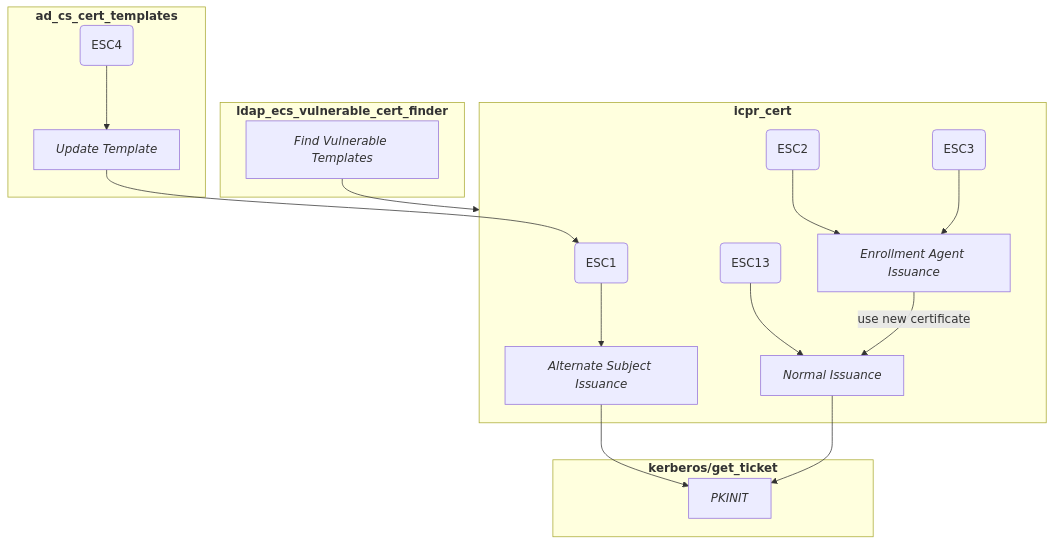
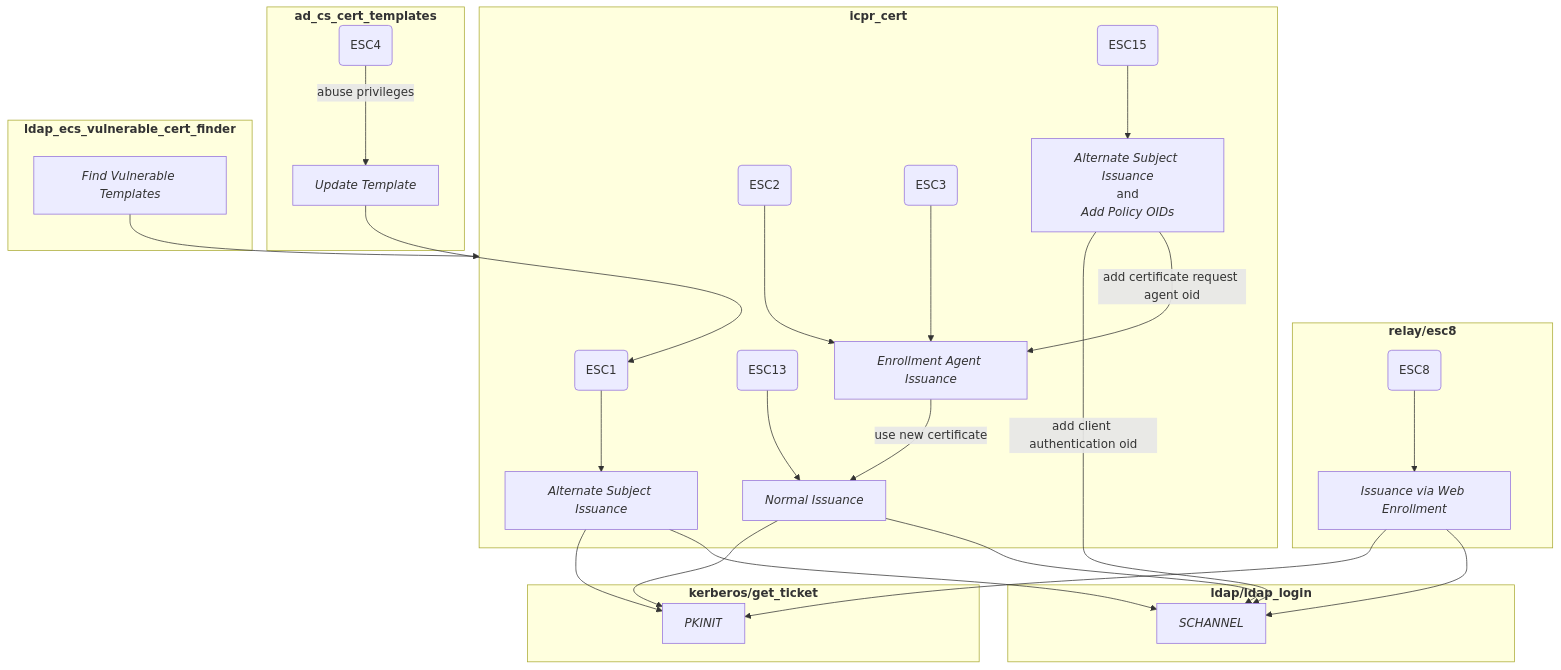
Before and after one commit to FunnyWolf/vipermsf: the first of 2 diagrams in docs/metasploit-framework.wiki/ad-certificates/Attacking-AD-CS-ESC-Vulnerabilities.md, drawn with Mermaid. The commit also changed other lines of this file and 867 other files, not shown here.

````diff
--- a/docs/metasploit-framework.wiki/ad-certificates/Attacking-AD-CS-ESC-Vulnerabilities.md
+++ b/docs/metasploit-framework.wiki/ad-certificates/Attacking-AD-CS-ESC-Vulnerabilities.md
@@ -6,33 +6,49 @@
 ```mermaid
 flowchart TD
     subgraph ad_cs_cert_templates[<b>ad_cs_cert_templates</b>]
         ESC4(ESC4)
         update_template[<i>Update Template</i>]
-        ESC4 --> update_template
+        ESC4 -- abuse privileges --> update_template
+    end
+    subgraph relay/esc8[<b>relay/esc8</b>]
+        ESC8(ESC8)
+        ESC8 --> web_enrollment[<i>Issuance via Web Enrollment</i>]
     end
     subgraph icpr_cert[<b>icpr_cert</b>]
         ESC1(ESC1)
         ESC2(ESC2)
         ESC3(ESC3)
         ESC13(ESC13)
+        ESC15(ESC15)
         alt_subject[<i>Alternate Subject Issuance</i>]
+        add_policies[<i>Alternate Subject Issuance</i><br>and<br><i>Add Policy OIDs</i>]
         as_eagent[<i>Enrollment Agent Issuance</i>]
         normal[<i>Normal Issuance</i>]
 
         ESC1 --> alt_subject
         ESC2 --> as_eagent
         ESC3 --> as_eagent
         ESC13 --> normal
+        ESC15 --> add_policies
         as_eagent -- use new certificate --> normal
     end
     subgraph kerberos/get_ticket[<b>kerberos/get_ticket</b>]
         PKINIT[<i>PKINIT</i>]
     end
+    subgraph ldap/ldap_login[<b>ldap/ldap_login</b>]
+        SCHANNEL[<i>SCHANNEL</i>]
+    end
     subgraph ldap_esc_vulnerable_cert_finder[<b>ldap_ecs_vulnerable_cert_finder</b>]
         find_vulnerable_templates[<i>Find Vulnerable Templates</i>]
     end
+    add_policies -- add client authentication oid --> SCHANNEL
+    add_policies -- add certificate request agent oid --> as_eagent
     alt_subject --> PKINIT
+    alt_subject --> SCHANNEL
     find_vulnerable_templates --> icpr_cert
     normal --> PKINIT
+    normal --> SCHANNEL
     update_template --> ESC1
+    web_enrollment --> PKINIT
+    web_enrollment --> SCHANNEL
 ```
````
